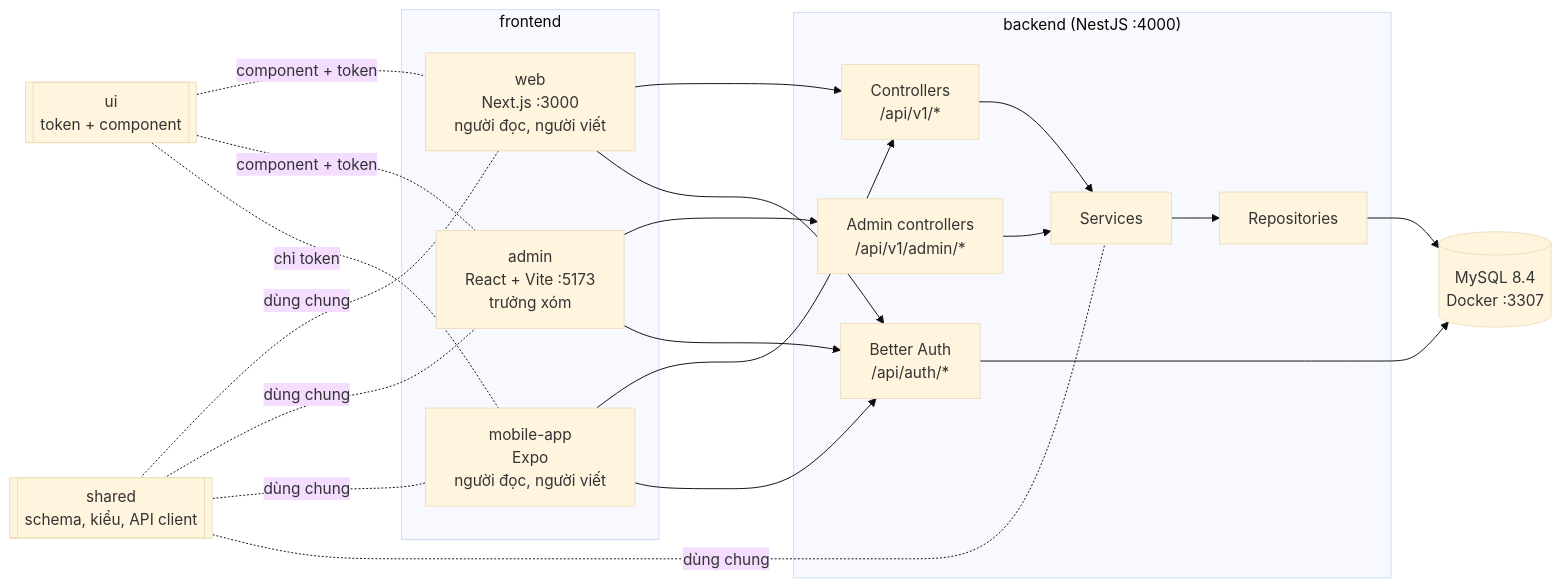
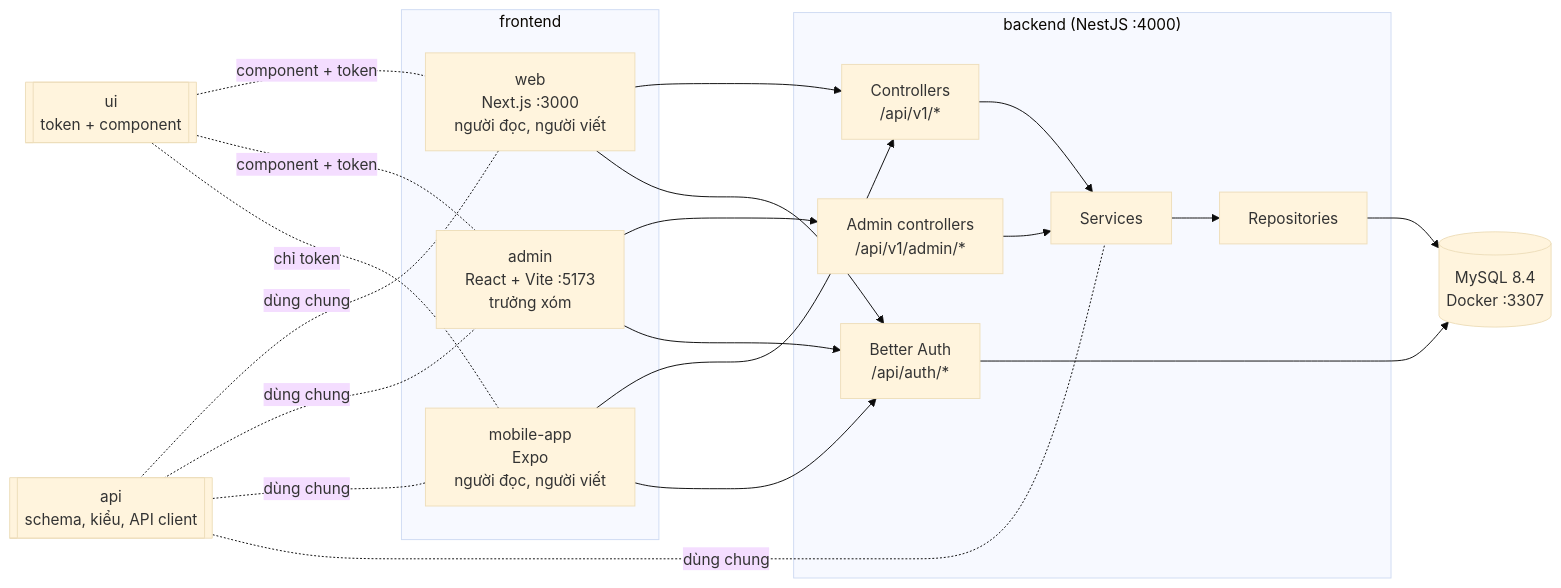
One commit to HNgTruc/Xom-Nho changed the diagram in docs/kien-truc.md. Above: the diagram before and after it, drawn with Mermaid (base theme). The commit also changed other lines of this file and 255 other files, not shown here.

````diff
--- a/docs/kien-truc.md
+++ b/docs/kien-truc.md
@@ -7,32 +7,32 @@
 ```mermaid
 flowchart LR
   subgraph frontend
     WEB["web<br/>Next.js :3000<br/>người đọc, người viết"]
     ADM["admin<br/>React + Vite :5173<br/>trưởng xóm"]
     MOB["mobile-app<br/>Expo<br/>người đọc, người viết"]
   end
 
   subgraph "backend (NestJS :4000)"
     AUTH["Better Auth<br/>/api/auth/*"]
     API["Controllers<br/>/api/v1/*"]
     ADMAPI["Admin controllers<br/>/api/v1/admin/*"]
     SVC[Services]
     REPO[Repositories]
   end
 
   DB[(MySQL 8.4<br/>Docker :3307)]
 
   UI[[ui<br/>token + component]]
-  SH[[shared<br/>schema, kiểu, API client]]
+  SH[[api<br/>schema, kiểu, API client]]
 
   WEB & MOB --> API
   ADM --> ADMAPI
   WEB & ADM & MOB --> AUTH
   API & ADMAPI --> SVC --> REPO --> DB
   AUTH --> DB
 
   UI -.component + token.- WEB
   UI -.component + token.- ADM
   UI -.chỉ token.- MOB
   SH -.dùng chung.- WEB & ADM & MOB & SVC
 ```
````
